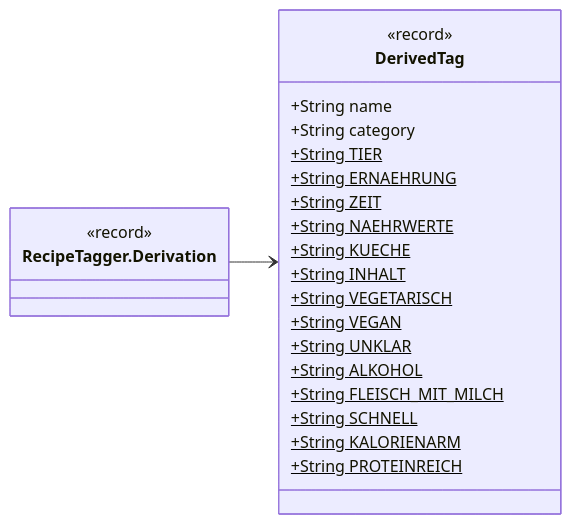
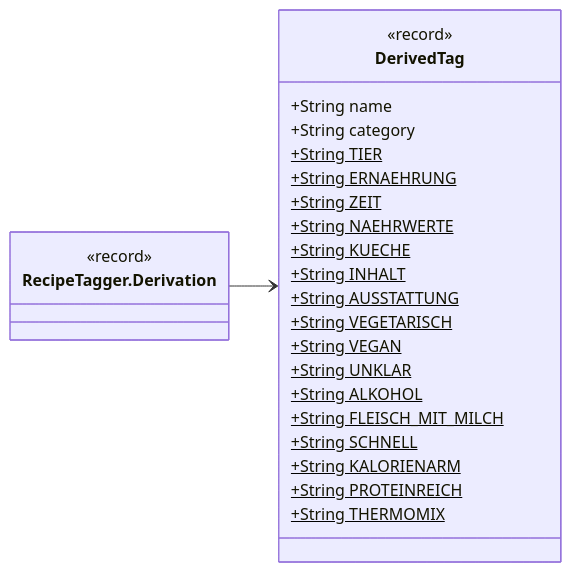
One commit to Nate-ryan-7690/dahaem changed the ninth of 30 diagrams in docs/classes/tags.md. Above: the diagram before and after it, drawn with Mermaid. The commit also changed other lines of this file and 5 other files, not shown here.

````diff
--- a/docs/classes/tags.md
+++ b/docs/classes/tags.md
@@ -522,27 +522,29 @@
 ```mermaid
 classDiagram
     direction LR
     class tags_DerivedTag["DerivedTag"] {
         <<record>>
         +String name
         +String category
         +String TIER$
         +String ERNAEHRUNG$
         +String ZEIT$
         +String NAEHRWERTE$
         +String KUECHE$
         +String INHALT$
+        +String AUSSTATTUNG$
         +String VEGETARISCH$
         +String VEGAN$
         +String UNKLAR$
         +String ALKOHOL$
         +String FLEISCH_MIT_MILCH$
         +String SCHNELL$
         +String KALORIENARM$
         +String PROTEINREICH$
+        +String THERMOMIX$
     }
     class tags_RecipeTagger_Derivation["RecipeTagger.Derivation"] {
         <<record>>
     }
     tags_RecipeTagger_Derivation --> tags_DerivedTag
 ```
````
